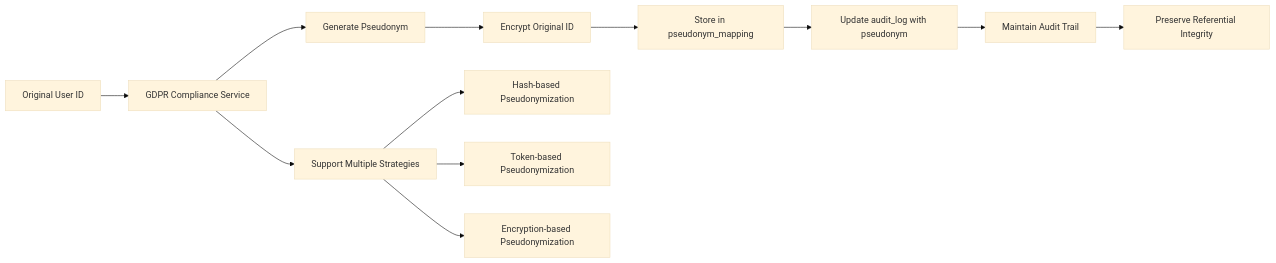
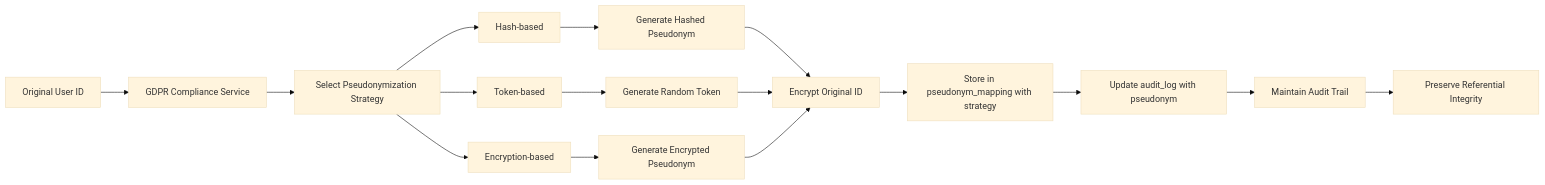
The seventh of 8 diagrams in .qoder/repowiki/en/content/Audit Database/Migration Management.md (smedrec/smart-logs), drawn with Mermaid (base theme) before and after one commit. The commit also changed other lines of this file and 27 other files, not shown here.

````diff
--- a/.qoder/repowiki/en/content/Audit Database/Migration Management.md
+++ b/.qoder/repowiki/en/content/Audit Database/Migration Management.md
@@ -436,14 +546,18 @@
 ```mermaid
 flowchart LR
 A["Original User ID"] --> B["GDPR Compliance Service"]
-B --> C["Generate Pseudonym"]
-C --> D["Encrypt Original ID"]
-D --> E["Store in pseudonym_mapping"]
-E --> F["Update audit_log with pseudonym"]
-F --> G["Maintain Audit Trail"]
-G --> H["Preserve Referential Integrity"]
-B --> I["Support Multiple Strategies"]
-I --> J["Hash-based Pseudonymization"]
-I --> K["Token-based Pseudonymization"]
-I --> L["Encryption-based Pseudonymization"]
+B --> C["Select Pseudonymization Strategy"]
+C --> D["Hash-based"]
+C --> E["Token-based"]
+C --> F["Encryption-based"]
+D --> G["Generate Hashed Pseudonym"]
+E --> H["Generate Random Token"]
+F --> I["Generate Encrypted Pseudonym"]
+G --> J["Encrypt Original ID"]
+H --> J
+I --> J
+J --> K["Store in pseudonym_mapping with strategy"]
+K --> L["Update audit_log with pseudonym"]
+L --> M["Maintain Audit Trail"]
+M --> N["Preserve Referential Integrity"]
 ```
````
